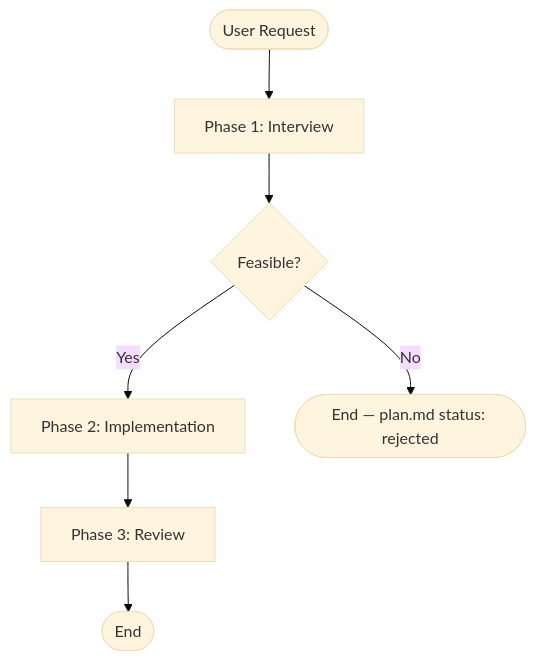
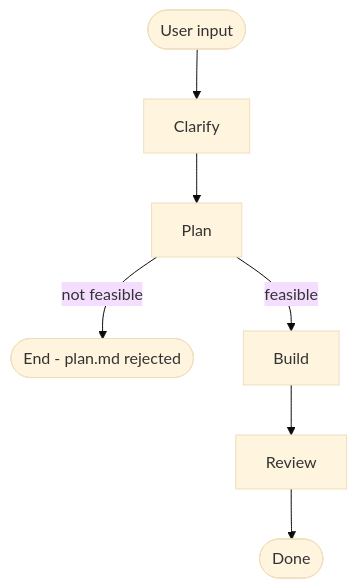
Before and after one commit to itsnamor/flower: the diagram in core/skills/flower/SKILL.md, drawn with Mermaid (base theme). The commit also changed other lines of this file and 8 other files, not shown here.

First line of the commit message:
refactor(flower): restructure workflow from 3 phases to 4

````diff
--- a/core/skills/flower/SKILL.md
+++ b/core/skills/flower/SKILL.md
@@ -8,9 +8,9 @@
 ```mermaid
 flowchart TD
-    Start([User Request]) --> P1[Phase 1: Interview]
-    P1 --> F{Feasible?}
-    F -- Yes --> P2[Phase 2: Implementation]
-    F -- No --> End([End — plan.md status: rejected])
-    P2 --> P3[Phase 3: Review]
-    P3 --> End2([End])
+    Start([User input]) --> P1[Clarify]
+    P1 --> P2[Plan]
+    P2 -- not feasible --> D1([End - plan.md rejected])
+    P2 -- feasible --> P3[Build]
+    P3 --> P4[Review]
+    P4 --> D2([Done])
 ```
````
